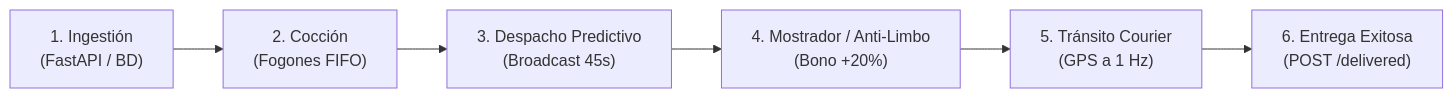
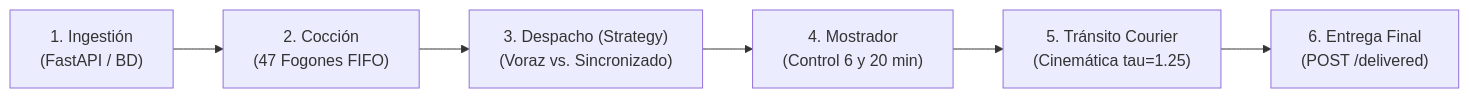
One commit to Juancho432/quickdelivery-sim changed the second of 6 diagrams in docs/Planteamiento_Proyecto.md. Above: the diagram before and after it, drawn with Mermaid. The commit also changed other lines of this file and 3 other files, not shown here.

````diff
--- a/docs/Planteamiento_Proyecto.md
+++ b/docs/Planteamiento_Proyecto.md
@@ -344,8 +329,8 @@
 ```mermaid
 flowchart LR
-    M1["1. Ingestión\n(FastAPI / BD)"] --> M2["2. Cocción\n(Fogones FIFO)"]
-    M2 --> M3["3. Despacho Predictivo\n(Broadcast 45s)"]
-    M3 --> M4["4. Mostrador / Anti-Limbo\n(Bono +20%)"]
-    M4 --> M5["5. Tránsito Courier\n(GPS a 1 Hz)"]
-    M5 --> M6["6. Entrega Exitosa\n(POST /delivered)"]
+    M1["1. Ingestión\n(FastAPI / BD)"] --> M2["2. Cocción\n(47 Fogones FIFO)"]
+    M2 --> M3["3. Despacho (Strategy)\n(Voraz vs. Sincronizado)"]
+    M3 --> M4["4. Mostrador\n(Control 6 y 20 min)"]
+    M4 --> M5["5. Tránsito Courier\n(Cinemática tau=1.25)"]
+    M5 --> M6["6. Entrega Final\n(POST /delivered)"]
 ```
````
